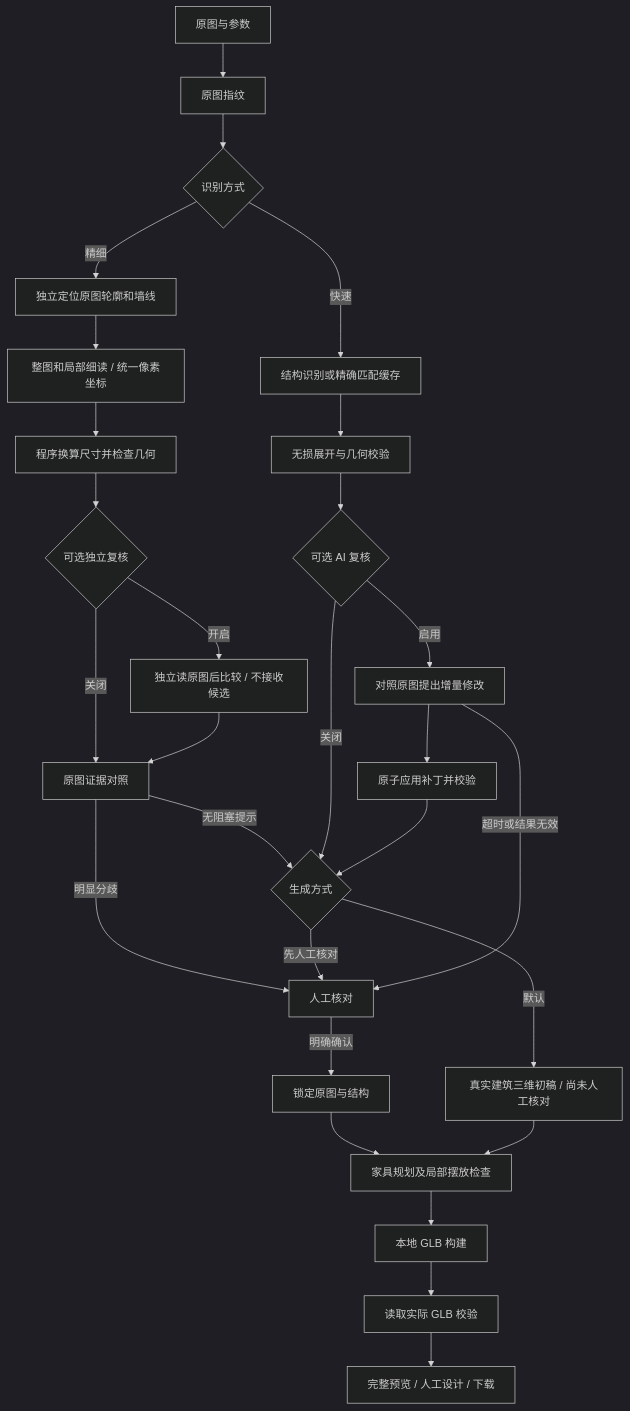
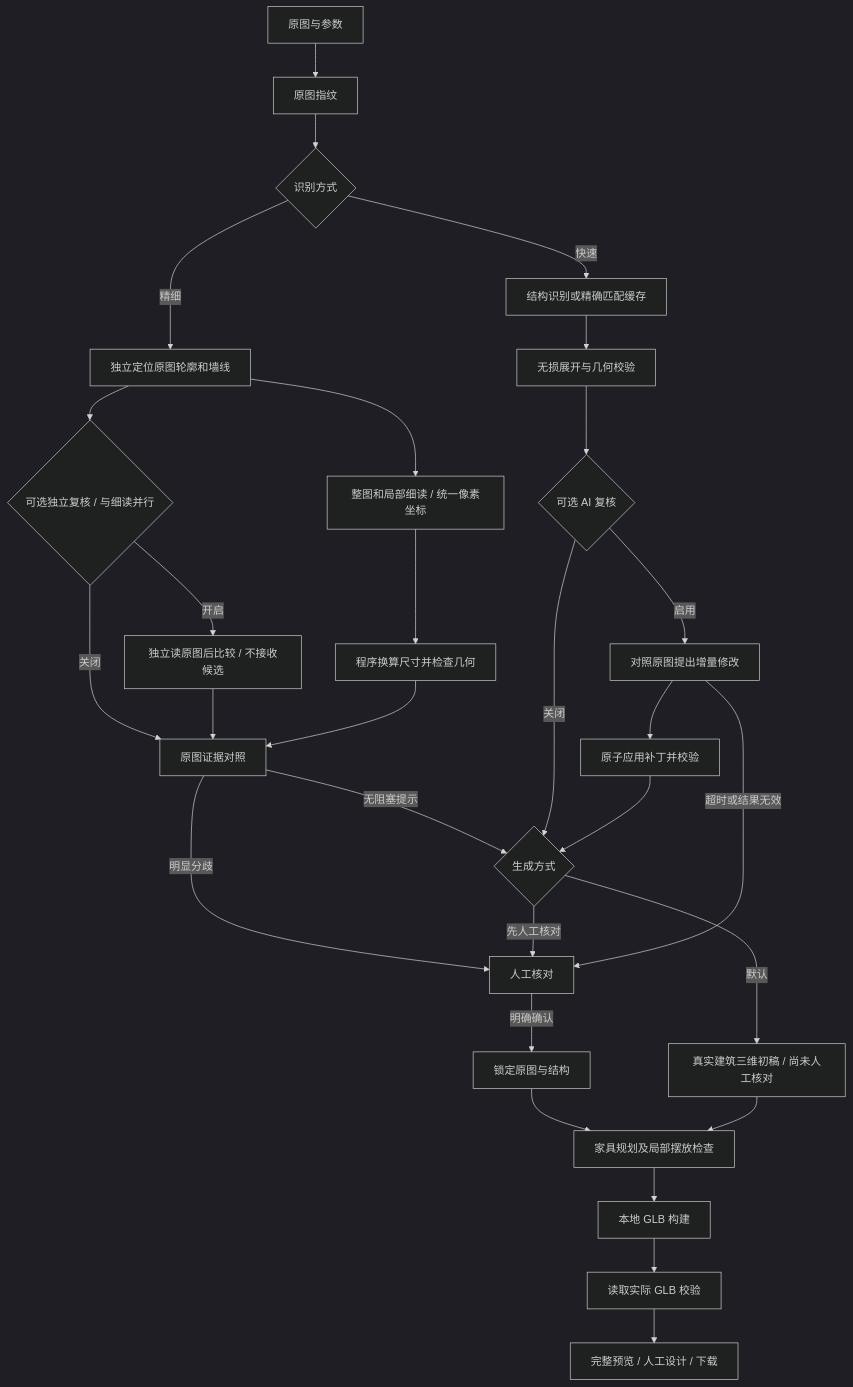
The diagram in docs/ai-pipeline-design.md (Li-Rui-Zhe/LayoutSculpt), drawn with Mermaid (dark theme) before and after one commit. The commit also changed other lines of this file and 96 other files, not shown here.

````diff
--- a/docs/ai-pipeline-design.md
+++ b/docs/ai-pipeline-design.md
@@ -28,30 +28,31 @@
 ```mermaid
 flowchart TD
     A[原图与参数] --> B[原图指纹]
     B --> Q{识别方式}
     Q -->|快速| C[结构识别或精确匹配缓存]
     Q -->|精细| S[独立定位原图轮廓和墙线]
     S --> T[整图和局部细读 / 统一像素坐标]
     T --> U[程序换算尺寸并检查几何]
-    U --> V{可选独立复核}
+    S --> V{可选独立复核 / 与细读并行}
     V -->|开启| W[独立读原图后比较 / 不接收候选]
     V -->|关闭| X[原图证据对照]
     W --> X
+    U --> X
     X -->|明显分歧| H
     X -->|无阻塞提示| R
     C --> D[无损展开与几何校验]
     D --> E{可选 AI 复核}
     E -->|启用| F[对照原图提出增量修改]
     F --> G[原子应用补丁并校验]
     E -->|关闭| R{生成方式}
     G --> R
     R -->|默认| P[真实建筑三维初稿 / 尚未人工核对]
     R -->|先人工核对| H[人工核对]
     F -->|超时或结果无效| H
     H -->|明确确认| I[锁定原图与结构]
     I --> J[家具规划及局部摆放检查]
     P --> J
     J --> K[本地 GLB 构建]
     K --> L[读取实际 GLB 校验]
     L --> M[完整预览 / 人工设计 / 下载]
 ```
````
